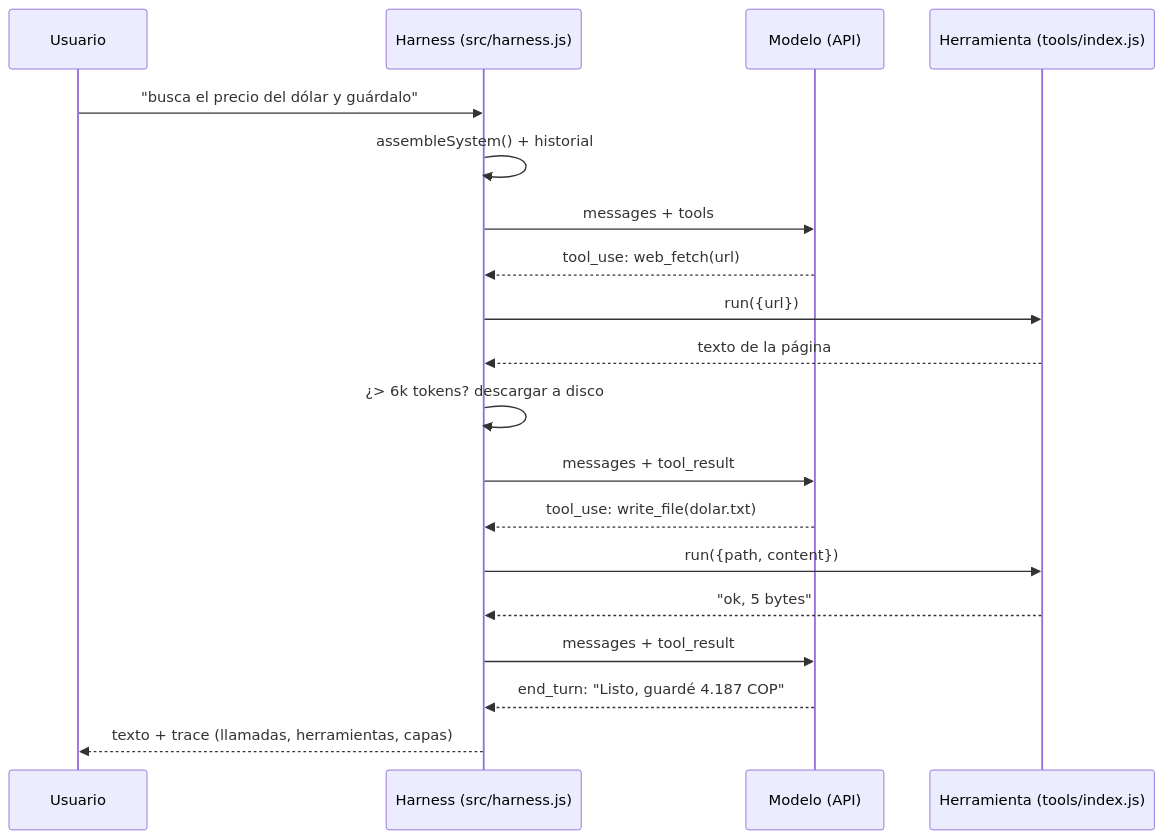
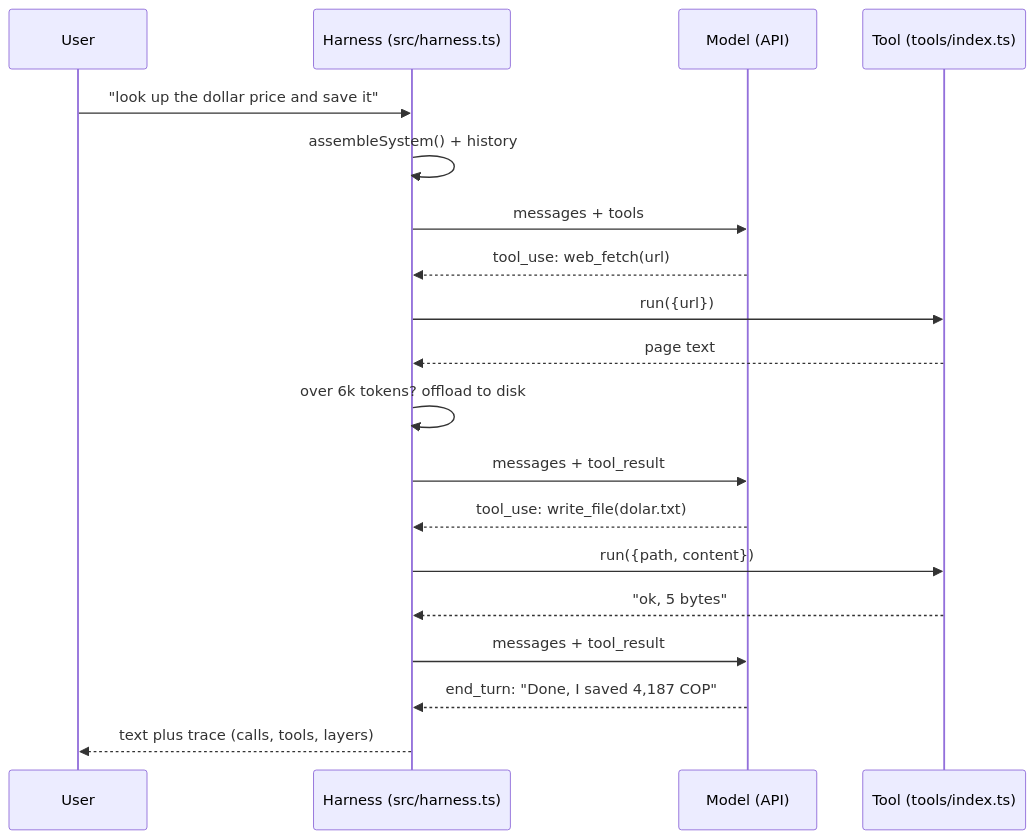
Before and after one commit to ada-school/ada-harness: the fifth of 15 diagrams in README.md, drawn with Mermaid. The commit also changed other lines of this file and 95 other files, not shown here.

````diff
--- a/README.md
+++ b/README.md
@@ -266,21 +286,21 @@
 ```mermaid
 sequenceDiagram
-    participant U as Usuario
-    participant H as Harness (src/harness.js)
-    participant M as Modelo (API)
-    participant T as Herramienta (tools/index.js)
-    U->>H: "busca el precio del dólar y guárdalo"
-    H->>H: assembleSystem() + historial
+    participant U as User
+    participant H as Harness (src/harness.ts)
+    participant M as Model (API)
+    participant T as Tool (tools/index.ts)
+    U->>H: "look up the dollar price and save it"
+    H->>H: assembleSystem() + history
     H->>M: messages + tools
     M-->>H: tool_use: web_fetch(url)
     H->>T: run({url})
-    T-->>H: texto de la página
-    H->>H: ¿> 6k tokens? descargar a disco
+    T-->>H: page text
+    H->>H: over 6k tokens? offload to disk
     H->>M: messages + tool_result
     M-->>H: tool_use: write_file(dolar.txt)
     H->>T: run({path, content})
     T-->>H: "ok, 5 bytes"
     H->>M: messages + tool_result
-    M-->>H: end_turn: "Listo, guardé 4.187 COP"
-    H-->>U: texto + trace (llamadas, herramientas, capas)
+    M-->>H: end_turn: "Done, I saved 4,187 COP"
+    H-->>U: text plus trace (calls, tools, layers)
 ```
````
